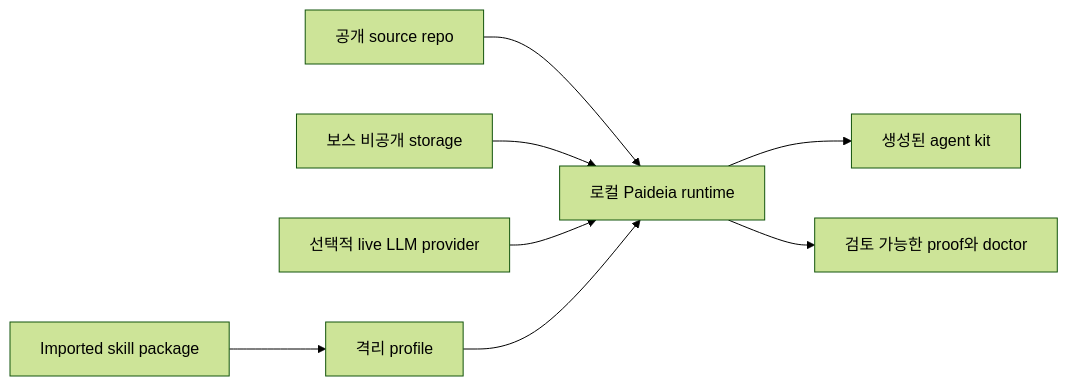
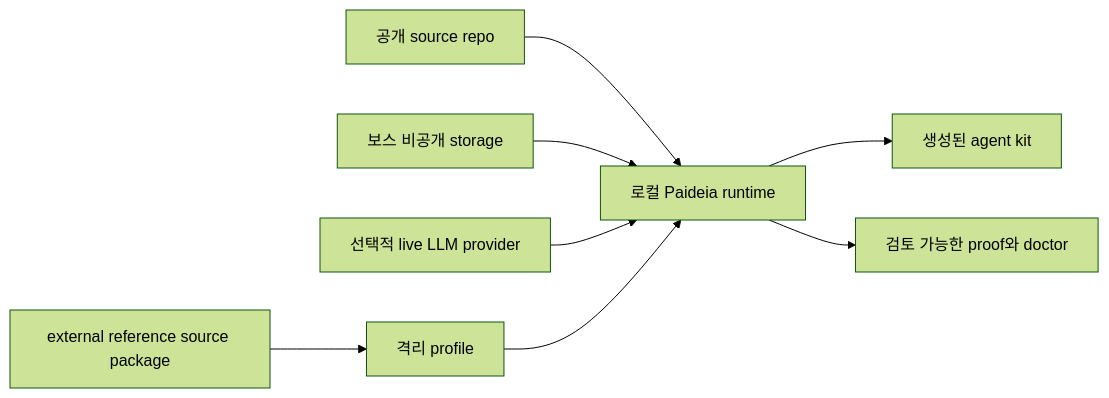
The diagram in docs/security_threat_model.ko.md (sinmb79/Paideia-Agent), drawn with Mermaid (forest theme) before and after one commit. The commit also changed other lines of this file and 19 other files, not shown here.

Commit message:
Apply external reference quarantine upgrade

````diff
--- a/docs/security_threat_model.ko.md
+++ b/docs/security_threat_model.ko.md
@@ -33,10 +33,10 @@
 ```mermaid
 flowchart LR
     PublicRepo["공개 source repo"] --> LocalRuntime["로컬 Paideia runtime"]
     PrivateStore["보스 비공개 storage"] --> LocalRuntime
     LocalRuntime --> GeneratedKit["생성된 agent kit"]
     ExternalLLM["선택적 live LLM provider"] --> LocalRuntime
-    ImportedSkill["Imported skill package"] --> Quarantine["격리 profile"]
+    ImportedSkill["external reference source package"] --> Quarantine["격리 profile"]
     Quarantine --> LocalRuntime
     LocalRuntime --> Proofs["검토 가능한 proof와 doctor"]
 ```
````
